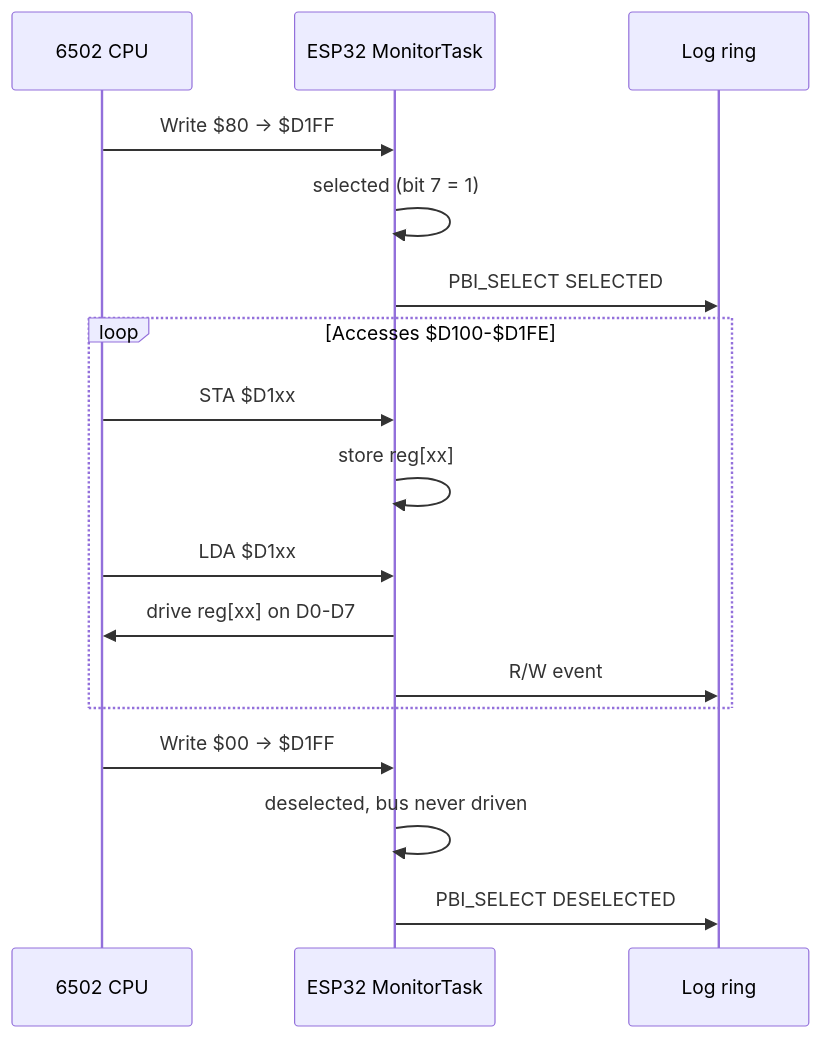
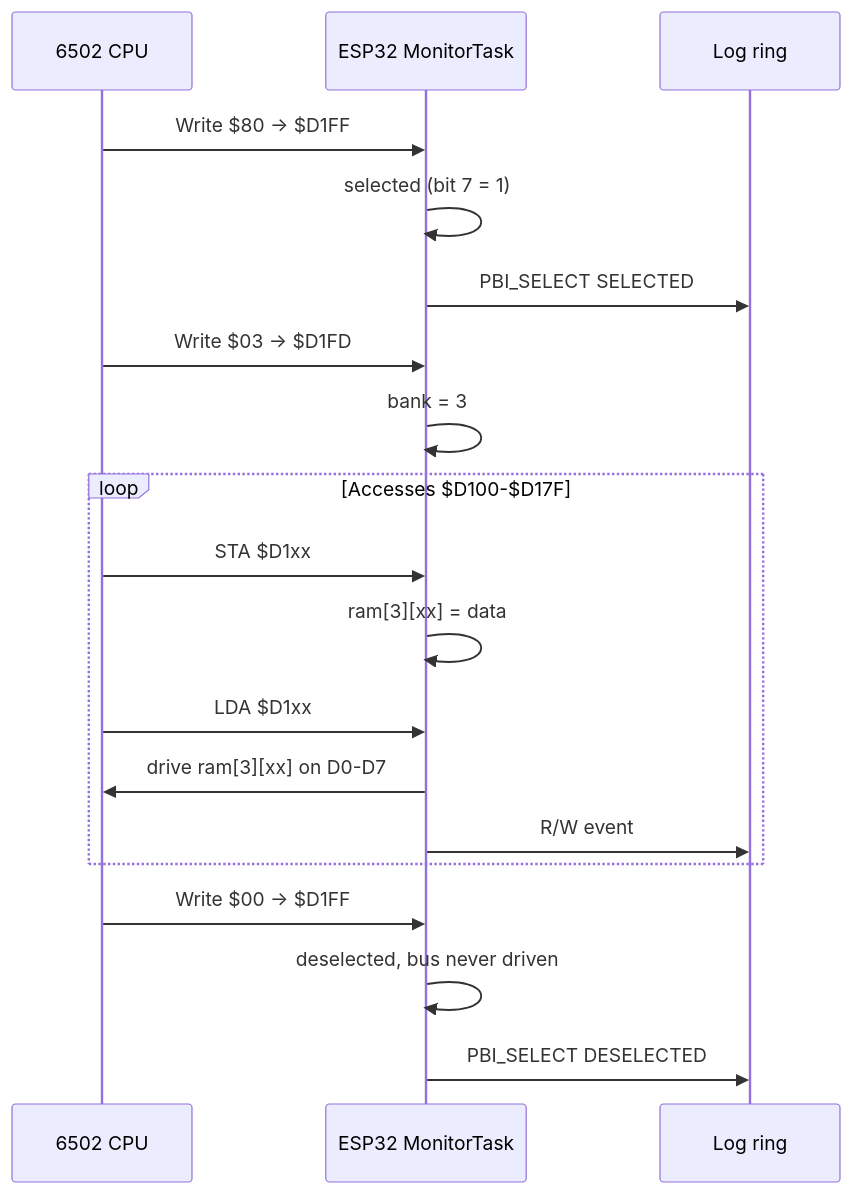
One commit to gianlucarenzi/ESP32-BOBOARD-5V changed the third of 4 diagrams in README_EN.md. Above: the diagram before and after it, drawn with Mermaid. The commit also changed other lines of this file and 9 other files, not shown here.

````diff
--- a/README_EN.md
+++ b/README_EN.md
@@ -339,22 +345,24 @@
 ```mermaid
 sequenceDiagram
     participant CPU as 6502 CPU
     participant ESP as ESP32 MonitorTask
     participant L  as Log ring
 
     CPU->>ESP: Write $80 → $D1FF
     ESP->>ESP: selected (bit 7 = 1)
     ESP->>L: PBI_SELECT SELECTED
 
-    loop Accesses $D100-$D1FE
+    CPU->>ESP: Write $03 → $D1FD
+    ESP->>ESP: bank = 3
+    loop Accesses $D100-$D17F
         CPU->>ESP: STA $D1xx
-        ESP->>ESP: store reg[xx]
+        ESP->>ESP: ram[3][xx] = data
         CPU->>ESP: LDA $D1xx
-        ESP->>CPU: drive reg[xx] on D0-D7
+        ESP->>CPU: drive ram[3][xx] on D0-D7
         ESP->>L: R/W event
     end
 
     CPU->>ESP: Write $00 → $D1FF
     ESP->>ESP: deselected, bus never driven
     ESP->>L: PBI_SELECT DESELECTED
 ```
````
